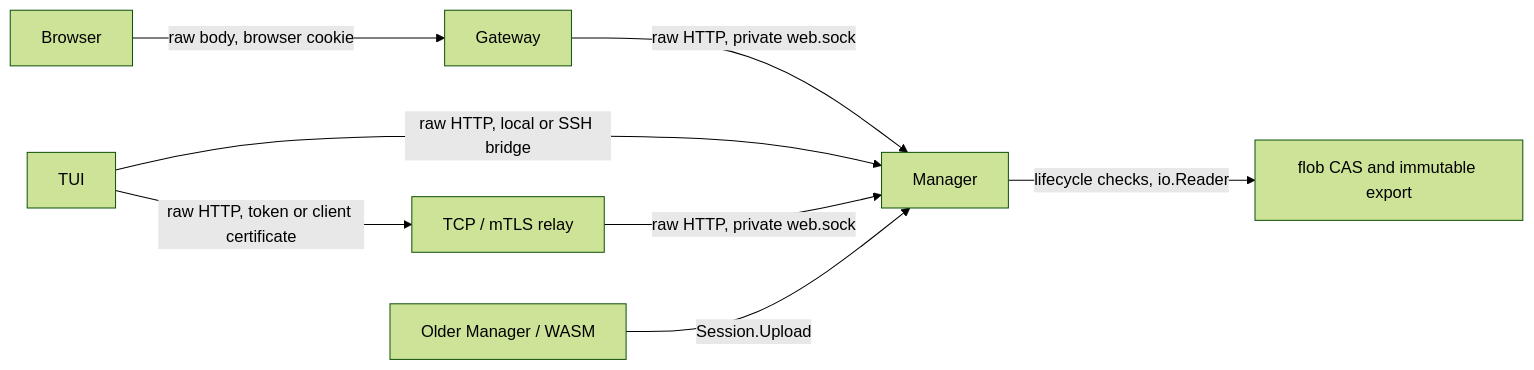
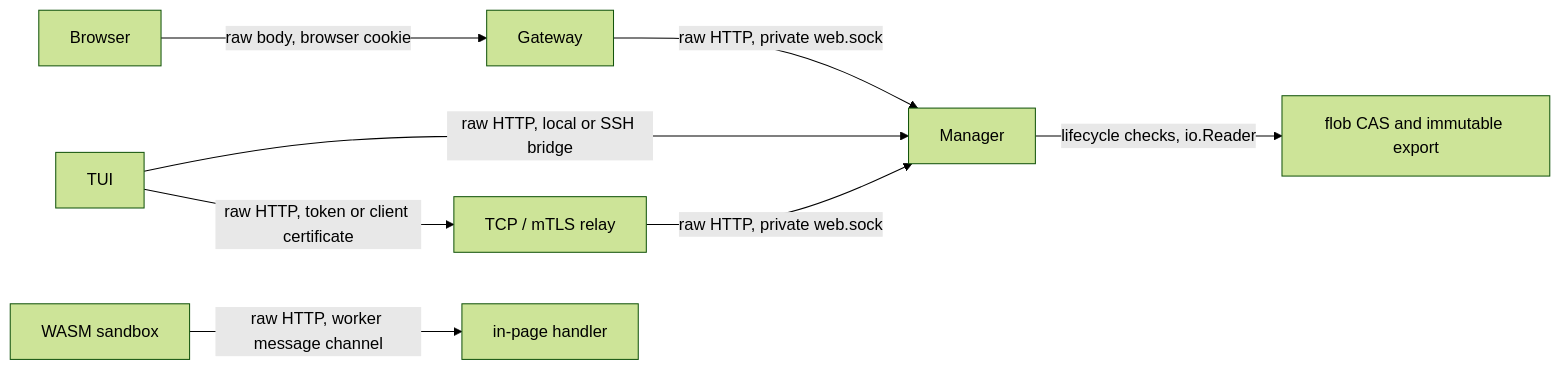
The diagram in docs/attachment-data-path.md (lesomnus/cxz), drawn with Mermaid (forest theme) before and after one commit. The commit also changed other lines of this file and 19 other files, not shown here.

````diff
--- a/docs/attachment-data-path.md
+++ b/docs/attachment-data-path.md
@@ -9,10 +8,10 @@
 ```mermaid
 flowchart LR
   Browser -->|raw body, browser cookie| Gateway
   Gateway -->|raw HTTP, private web.sock| Manager
   TUI -->|raw HTTP, local or SSH bridge| Manager
   TUI -->|raw HTTP, token or client certificate| Relay[TCP / mTLS relay]
   Relay -->|raw HTTP, private web.sock| Manager
   Manager -->|lifecycle checks, io.Reader| CAS[flob CAS and immutable export]
-  Compatibility[Older Manager / WASM] -->|Session.Upload| Manager
+  Sandbox[WASM sandbox] -->|raw HTTP, worker message channel| Fake[in-page handler]
 ```
````
